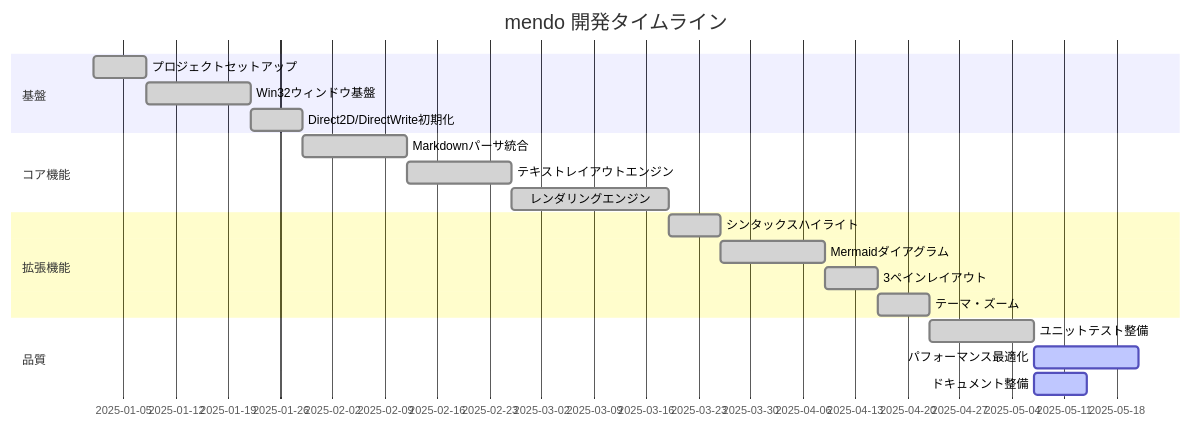
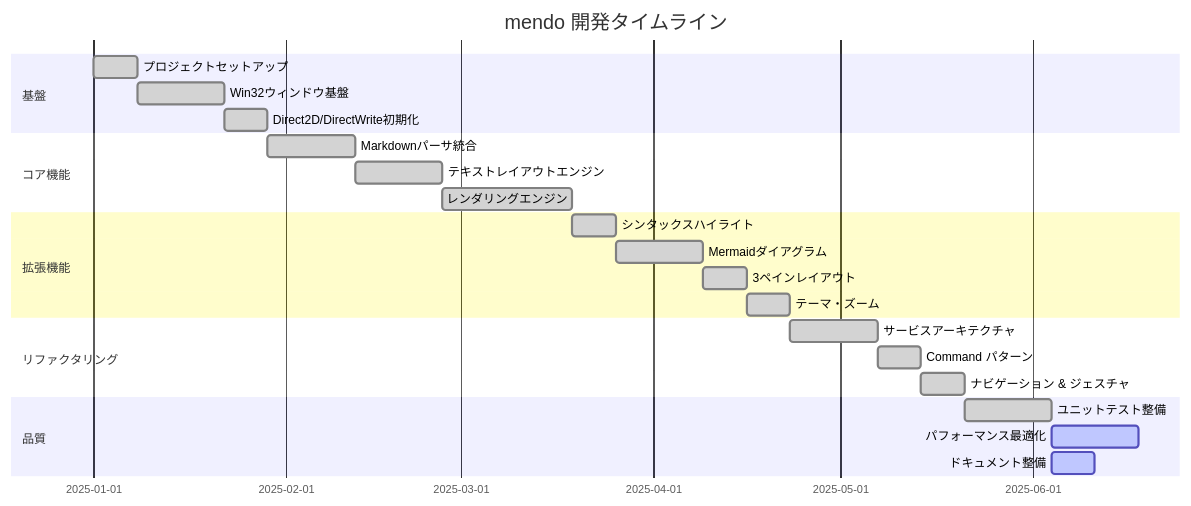
Diagram 27 of 27 in test.md (tanaton/mendo), drawn with Mermaid before and after one commit. The commit also changed other lines of this file, not shown here.

````diff
--- a/test.md
+++ b/test.md
@@ -1470,25 +2088,30 @@
 ```mermaid
 gantt
     title mendo 開発タイムライン
     dateFormat  YYYY-MM-DD
     section 基盤
     プロジェクトセットアップ      :done, a1, 2025-01-01, 7d
     Win32ウィンドウ基盤           :done, a2, after a1, 14d
     Direct2D/DirectWrite初期化    :done, a3, after a2, 7d
 
     section コア機能
     Markdownパーサ統合            :done, b1, after a3, 14d
     テキストレイアウトエンジン    :done, b2, after b1, 14d
     レンダリングエンジン          :done, b3, after b2, 21d
 
     section 拡張機能
     シンタックスハイライト        :done, c1, after b3, 7d
     Mermaidダイアグラム           :done, c2, after c1, 14d
     3ペインレイアウト             :done, c3, after c2, 7d
     テーマ・ズーム                :done, c4, after c3, 7d
 
+    section リファクタリング
+    サービスアーキテクチャ        :done, e1, after c4, 14d
+    Command パターン              :done, e2, after e1, 7d
+    ナビゲーション & ジェスチャ   :done, e3, after e2, 7d
+
     section 品質
-    ユニットテスト整備            :done, d1, after c4, 14d
+    ユニットテスト整備            :done, d1, after e3, 14d
     パフォーマンス最適化          :active, d2, after d1, 14d
     ドキュメント整備              :active, d3, after d1, 7d
 ```
````
